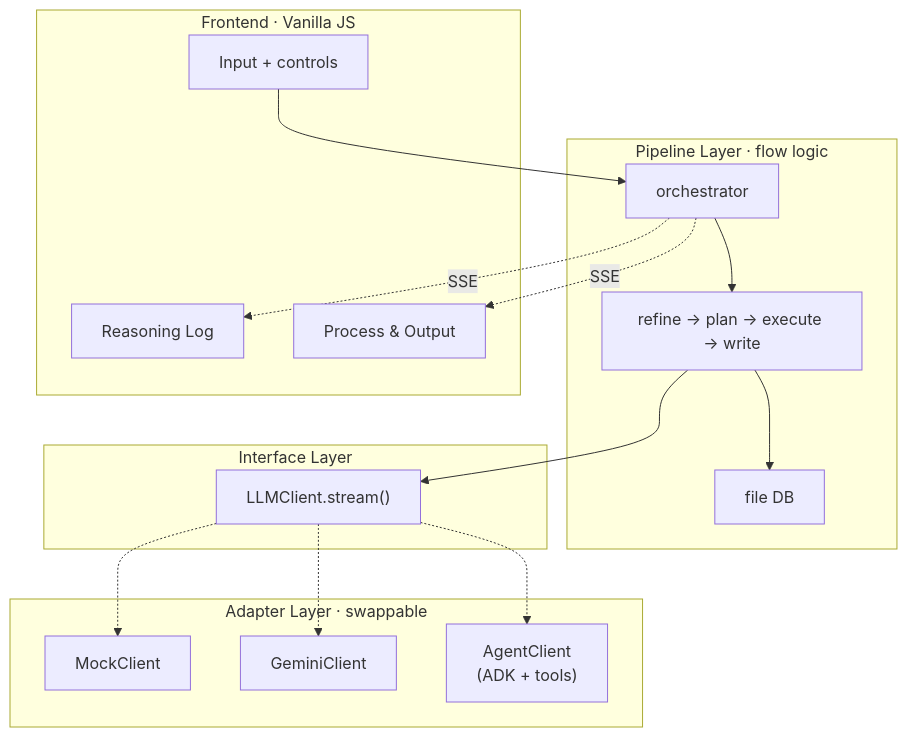
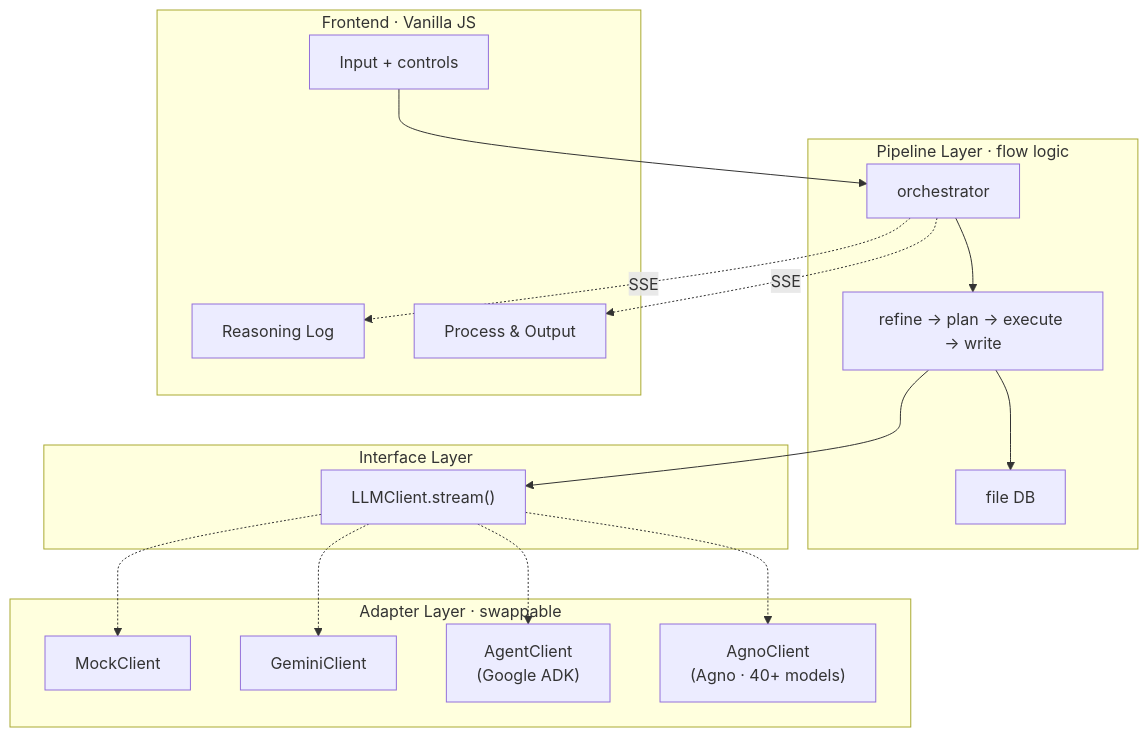
One commit to dozybot001/maars changed the second of 2 diagrams in README.md. Above: the diagram before and after it, drawn with Mermaid. The commit also changed other lines of this file and 1 other file, not shown here.

First line of the commit message:
docs: update README mode tables and architecture diagrams for 4 modes

````diff
--- a/README.md
+++ b/README.md
@@ -47,32 +48,34 @@
 ```mermaid
 flowchart TB
     subgraph Pipeline["Pipeline Layer · flow logic"]
         ORCH["orchestrator"] --> STAGES["refine → plan → execute → write"]
         STAGES --> DB["file DB"]
     end
 
     subgraph Interface["Interface Layer"]
         LLM["LLMClient.stream()"]
     end
 
     subgraph Adapters["Adapter Layer · swappable"]
         MOCK["MockClient"]
         GEMINI["GeminiClient"]
-        AGENT["AgentClient\n(ADK + tools)"]
+        ADK["AgentClient\n(Google ADK)"]
+        AGNO["AgnoClient\n(Agno · 40+ models)"]
     end
 
     STAGES --> LLM
     LLM -.-> MOCK
     LLM -.-> GEMINI
-    LLM -.-> AGENT
+    LLM -.-> ADK
+    LLM -.-> AGNO
 
     subgraph FE["Frontend · Vanilla JS"]
         UI["Input + controls"]
         LOG["Reasoning Log"]
         PROC["Process & Output"]
     end
 
     UI --> ORCH
     ORCH -."SSE".-> LOG
     ORCH -."SSE".-> PROC
 ```
````
